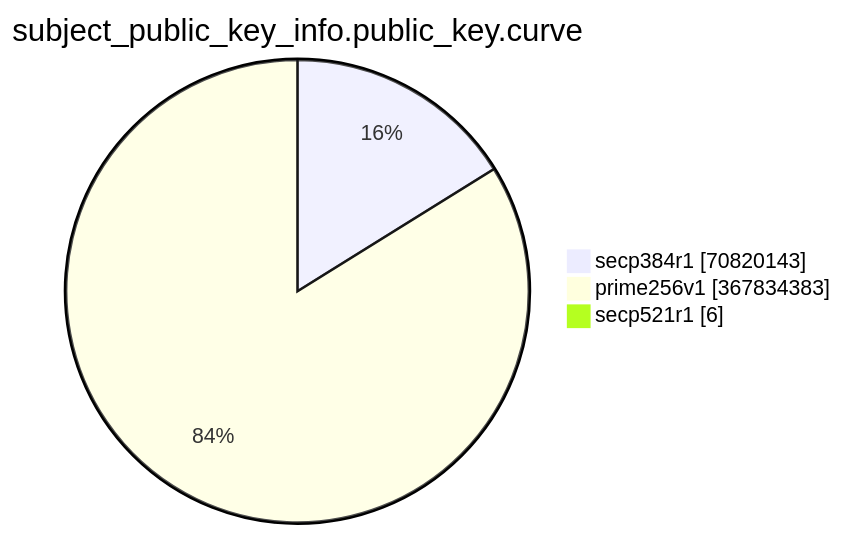
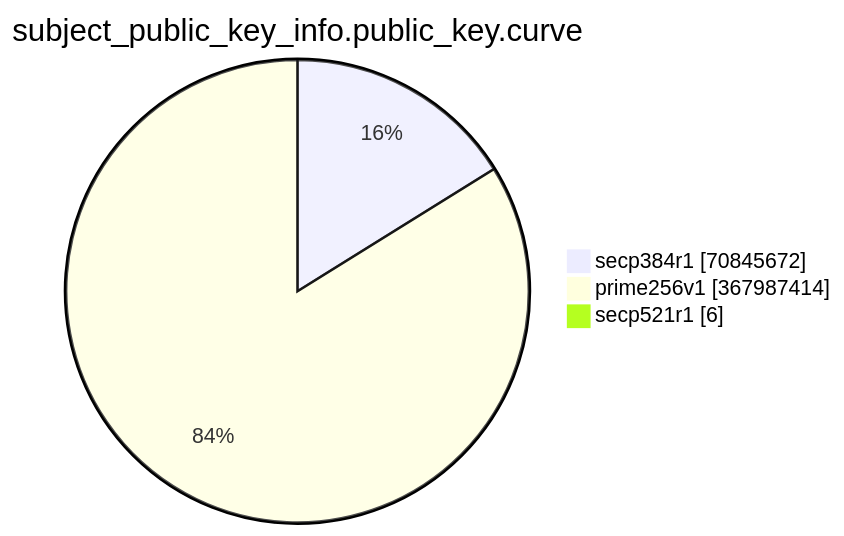
Before and after one commit to christiankrug/ctmonitor_visualization: the eighth of 15 diagrams in TOTAL/README.md, drawn with Mermaid. The commit also changed other lines of this file, not shown here.

````diff
--- a/TOTAL/README.md
+++ b/TOTAL/README.md
@@ -3094,7 +3094,7 @@
 ```mermaid
 pie showData
 title subject_public_key_info.public_key.curve
-"secp384r1" :70820143
-"prime256v1" :367834383
+"secp384r1" :70845672
+"prime256v1" :367987414
 "secp521r1" :6
 ```
````
